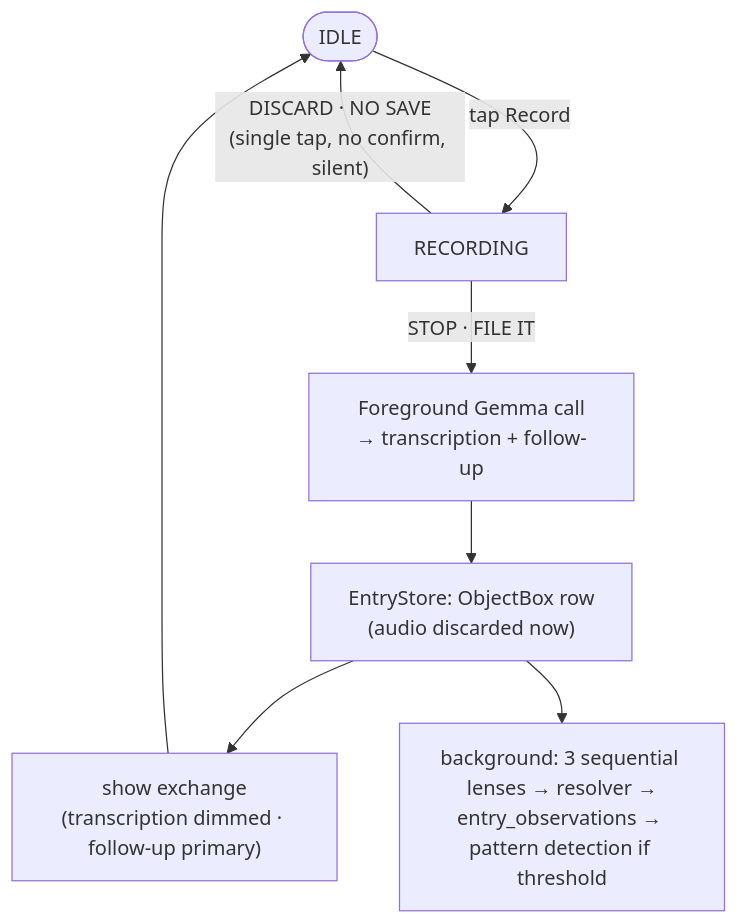
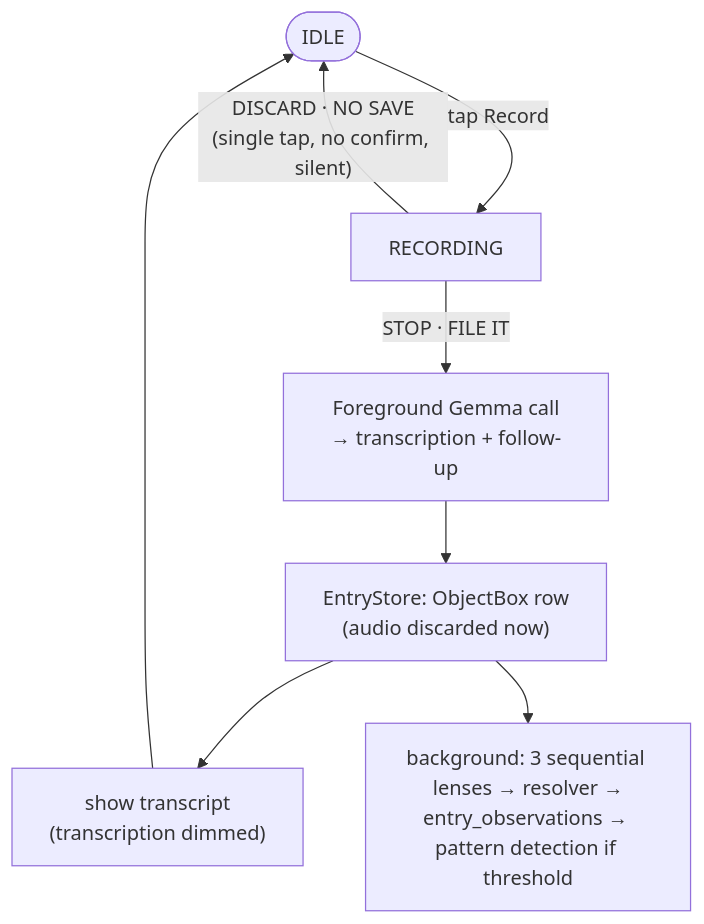
Before and after one commit to anchildress1/vestige: the second of 6 diagrams in docs/diagrams/user-flows.md, drawn with Mermaid. The commit also changed other lines of this file and 39 other files, not shown here.

First line of the commit message:
Draft: foreground inference preempts background extraction (#52)

````diff
--- a/docs/diagrams/user-flows.md
+++ b/docs/diagrams/user-flows.md
@@ -33,13 +33,13 @@
 ```mermaid
 flowchart TD
     accTitle: Voice capture flow
-    accDescr: Tap record to enter RECORDING. Discard during recording ends silently with no entry. Stop and file it triggers the foreground Gemma call returning transcription and follow-up, persists an ObjectBox row, then runs the background three-lens extraction, convergence, observations, and pattern detection.
+    accDescr: Tap record to enter RECORDING. Discard during recording ends silently with no entry. Stop and file it triggers the foreground Gemma call returning transcription and one follow-up, persists an ObjectBox row, then runs the background three-lens extraction, convergence, observations, and pattern detection.
 
     IDLE(["IDLE"]) -- "tap Record" --> REC["RECORDING"]
     REC -- "DISCARD · NO SAVE<br/>(single tap, no confirm, silent)" --> IDLE
     REC -- "STOP · FILE IT" --> FG["Foreground Gemma call<br/>→ transcription + follow-up"]
     FG --> PERSIST["EntryStore: ObjectBox row<br/>(audio discarded now)"]
-    PERSIST --> SHOW["show exchange<br/>(transcription dimmed · follow-up primary)"]
+    PERSIST --> SHOW["show transcript<br/>(transcription dimmed)"]
     PERSIST --> BG["background: 3 sequential lenses → resolver →<br/>entry_observations → pattern detection if threshold"]
     SHOW --> IDLE
 ```
````
